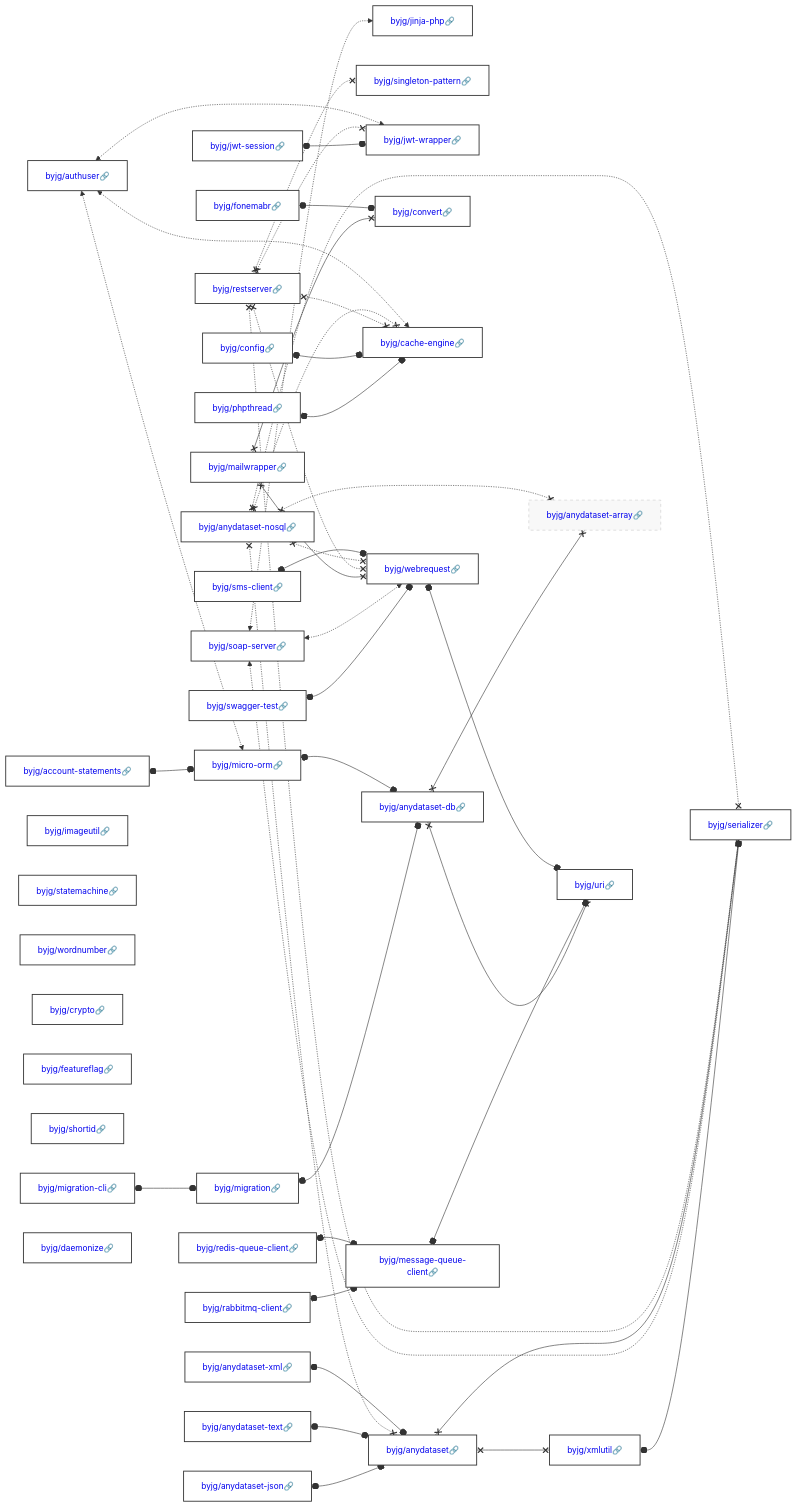
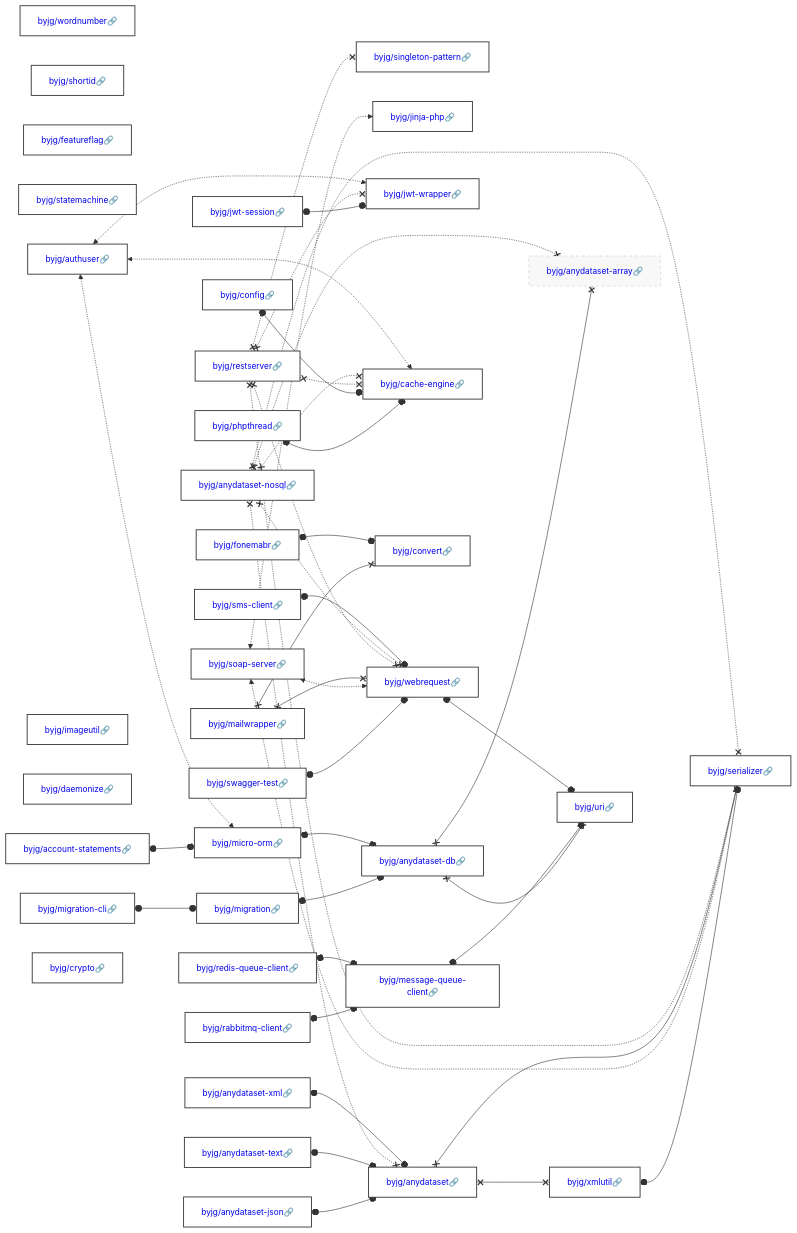
The diagram in docs/php/README.md (byjg/byjg.github.io), drawn with Mermaid before and after one commit. The commit also changed other lines of this file, not shown here.

Commit message:
Update documentation 'php' 'php-uri'

````diff
--- a/docs/php/README.md
+++ b/docs/php/README.md
@@ -3,40 +3,40 @@
 ```mermaid
 graph LR;
+  byjg/anydataset-json[<a href='https://opensource.byjg.com/docs/php/anydataset-json' style='text-decoration:none'>byjg/anydataset-json🔗</a>];
+  byjg/swagger-test[<a href='https://opensource.byjg.com/docs/php/swagger-test' style='text-decoration:none'>byjg/swagger-test🔗</a>];
+  byjg/wordnumber[<a href='https://opensource.byjg.com/docs/php/wordnumber' style='text-decoration:none'>byjg/wordnumber🔗</a>];
+  byjg/restserver[<a href='https://opensource.byjg.com/docs/php/restserver' style='text-decoration:none'>byjg/restserver🔗</a>];
+  byjg/anydataset-text[<a href='https://opensource.byjg.com/docs/php/anydataset-text' style='text-decoration:none'>byjg/anydataset-text🔗</a>];
+  byjg/shortid[<a href='https://opensource.byjg.com/docs/php/shortid' style='text-decoration:none'>byjg/shortid🔗</a>];
+  byjg/anydataset-nosql[<a href='https://opensource.byjg.com/docs/php/anydataset-nosql' style='text-decoration:none'>byjg/anydataset-nosql🔗</a>];
+  byjg/featureflag[<a href='https://opensource.byjg.com/docs/php/featureflag' style='text-decoration:none'>byjg/featureflag🔗</a>];
+  byjg/jwt-session[<a href='https://opensource.byjg.com/docs/php/jwt-session' style='text-decoration:none'>byjg/jwt-session🔗</a>];
+  byjg/statemachine[<a href='https://opensource.byjg.com/docs/php/statemachine' style='text-decoration:none'>byjg/statemachine🔗</a>];
+  byjg/redis-queue-client[<a href='https://opensource.byjg.com/docs/php/redis-queue-client' style='text-decoration:none'>byjg/redis-queue-client🔗</a>];
+  byjg/config[<a href='https://opensource.byjg.com/docs/php/config' style='text-decoration:none'>byjg/config🔗</a>];
+  byjg/mailwrapper[<a href='https://opensource.byjg.com/docs/php/mailwrapper' style='text-decoration:none'>byjg/mailwrapper🔗</a>];
+  byjg/sms-client[<a href='https://opensource.byjg.com/docs/php/sms-client' style='text-decoration:none'>byjg/sms-client🔗</a>];
+  byjg/account-statements[<a href='https://opensource.byjg.com/docs/php/account-statements' style='text-decoration:none'>byjg/account-statements🔗</a>];
+  byjg/imageutil[<a href='https://opensource.byjg.com/docs/php/imageutil' style='text-decoration:none'>byjg/imageutil🔗</a>];
+  byjg/soap-server[<a href='https://opensource.byjg.com/docs/php/soap-server' style='text-decoration:none'>byjg/soap-server🔗</a>];
+  byjg/daemonize[<a href='https://opensource.byjg.com/docs/php/daemonize' style='text-decoration:none'>byjg/daemonize🔗</a>];
+  byjg/migration-cli[<a href='https://opensource.byjg.com/docs/php/migration-cli' style='text-decoration:none'>byjg/migration-cli🔗</a>];
   byjg/authuser[<a href='https://opensource.byjg.com/docs/php/authuser' style='text-decoration:none'>byjg/authuser🔗</a>];
-  byjg/jwt-session[<a href='https://opensource.byjg.com/docs/php/jwt-session' style='text-decoration:none'>byjg/jwt-session🔗</a>];
-  byjg/anydataset-nosql[<a href='https://opensource.byjg.com/docs/php/anydataset-nosql' style='text-decoration:none'>byjg/anydataset-nosql🔗</a>];
-  byjg/sms-client[<a href='https://opensource.byjg.com/docs/php/sms-client' style='text-decoration:none'>byjg/sms-client🔗</a>];
-  byjg/migration-cli[<a href='https://opensource.byjg.com/docs/php/migration-cli' style='text-decoration:none'>byjg/migration-cli🔗</a>];
-  byjg/mailwrapper[<a href='https://opensource.byjg.com/docs/php/mailwrapper' style='text-decoration:none'>byjg/mailwrapper🔗</a>];
-  byjg/soap-server[<a href='https://opensource.byjg.com/docs/php/soap-server' style='text-decoration:none'>byjg/soap-server🔗</a>];
-  byjg/imageutil[<a href='https://opensource.byjg.com/docs/php/imageutil' style='text-decoration:none'>byjg/imageutil🔗</a>];
-  byjg/config[<a href='https://opensource.byjg.com/docs/php/config' style='text-decoration:none'>byjg/config🔗</a>];
-  byjg/statemachine[<a href='https://opensource.byjg.com/docs/php/statemachine' style='text-decoration:none'>byjg/statemachine🔗</a>];
-  byjg/restserver[<a href='https://opensource.byjg.com/docs/php/restserver' style='text-decoration:none'>byjg/restserver🔗</a>];
-  byjg/swagger-test[<a href='https://opensource.byjg.com/docs/php/swagger-test' style='text-decoration:none'>byjg/swagger-test🔗</a>];
+  byjg/crypto[<a href='https://opensource.byjg.com/docs/php/crypto' style='text-decoration:none'>byjg/crypto🔗</a>];
+  byjg/anydataset-xml[<a href='https://opensource.byjg.com/docs/php/anydataset-xml' style='text-decoration:none'>byjg/anydataset-xml🔗</a>];
+  byjg/phpthread[<a href='https://opensource.byjg.com/docs/php/phpthread' style='text-decoration:none'>byjg/phpthread🔗</a>];
   byjg/fonemabr[<a href='https://opensource.byjg.com/docs/php/fonemabr' style='text-decoration:none'>byjg/fonemabr🔗</a>];
-  byjg/redis-queue-client[<a href='https://opensource.byjg.com/docs/php/redis-queue-client' style='text-decoration:none'>byjg/redis-queue-client🔗</a>];
-  byjg/anydataset-json[<a href='https://opensource.byjg.com/docs/php/anydataset-json' style='text-decoration:none'>byjg/anydataset-json🔗</a>];
-  byjg/phpthread[<a href='https://opensource.byjg.com/docs/php/phpthread' style='text-decoration:none'>byjg/phpthread🔗</a>];
-  byjg/wordnumber[<a href='https://opensource.byjg.com/docs/php/wordnumber' style='text-decoration:none'>byjg/wordnumber🔗</a>];
-  byjg/crypto[<a href='https://opensource.byjg.com/docs/php/crypto' style='text-decoration:none'>byjg/crypto🔗</a>];
-  byjg/featureflag[<a href='https://opensource.byjg.com/docs/php/featureflag' style='text-decoration:none'>byjg/featureflag🔗</a>];
-  byjg/shortid[<a href='https://opensource.byjg.com/docs/php/shortid' style='text-decoration:none'>byjg/shortid🔗</a>];
-  byjg/anydataset-xml[<a href='https://opensource.byjg.com/docs/php/anydataset-xml' style='text-decoration:none'>byjg/anydataset-xml🔗</a>];
   byjg/rabbitmq-client[<a href='https://opensource.byjg.com/docs/php/rabbitmq-client' style='text-decoration:none'>byjg/rabbitmq-client🔗</a>];
-  byjg/account-statements[<a href='https://opensource.byjg.com/docs/php/account-statements' style='text-decoration:none'>byjg/account-statements🔗</a>];
-  byjg/anydataset-text[<a href='https://opensource.byjg.com/docs/php/anydataset-text' style='text-decoration:none'>byjg/anydataset-text🔗</a>];
-  byjg/daemonize[<a href='https://opensource.byjg.com/docs/php/daemonize' style='text-decoration:none'>byjg/daemonize🔗</a>];
+  byjg/singleton-pattern[<a href='https://opensource.byjg.com/docs/php/singleton-pattern' style='text-decoration:none'>byjg/singleton-pattern🔗</a>];
+  byjg/jinja-php[<a href='https://opensource.byjg.com/docs/php/jinja-php' style='text-decoration:none'>byjg/jinja-php🔗</a>];
+  byjg/webrequest[<a href='https://opensource.byjg.com/docs/php/webrequest' style='text-decoration:none'>byjg/webrequest🔗</a>];
   byjg/migration[<a href='https://opensource.byjg.com/docs/php/migration' style='text-decoration:none'>byjg/migration🔗</a>];
-  byjg/jinja-php[<a href='https://opensource.byjg.com/docs/php/jinja-php' style='text-decoration:none'>byjg/jinja-php🔗</a>];
-  byjg/singleton-pattern[<a href='https://opensource.byjg.com/docs/php/singleton-pattern' style='text-decoration:none'>byjg/singleton-pattern🔗</a>];
+  byjg/micro-orm[<a href='https://opensource.byjg.com/docs/php/micro-orm' style='text-decoration:none'>byjg/micro-orm🔗</a>];
   byjg/jwt-wrapper[<a href='https://opensource.byjg.com/docs/php/jwt-wrapper' style='text-decoration:none'>byjg/jwt-wrapper🔗</a>];
-  byjg/webrequest[<a href='https://opensource.byjg.com/docs/php/webrequest' style='text-decoration:none'>byjg/webrequest🔗</a>];
+  byjg/anydataset[<a href='https://opensource.byjg.com/docs/php/anydataset' style='text-decoration:none'>byjg/anydataset🔗</a>];
+  byjg/cache-engine[<a href='https://opensource.byjg.com/docs/php/cache-engine' style='text-decoration:none'>byjg/cache-engine🔗</a>];
   byjg/convert[<a href='https://opensource.byjg.com/docs/php/convert' style='text-decoration:none'>byjg/convert🔗</a>];
-  byjg/cache-engine[<a href='https://opensource.byjg.com/docs/php/cache-engine' style='text-decoration:none'>byjg/cache-engine🔗</a>];
   byjg/message-queue-client[<a href='https://opensource.byjg.com/docs/php/message-queue-client' style='text-decoration:none'>byjg/message-queue-client🔗</a>];
-  byjg/micro-orm[<a href='https://opensource.byjg.com/docs/php/micro-orm' style='text-decoration:none'>byjg/micro-orm🔗</a>];
-  byjg/anydataset[<a href='https://opensource.byjg.com/docs/php/anydataset' style='text-decoration:none'>byjg/anydataset🔗</a>];
   byjg/anydataset-db[<a href='https://opensource.byjg.com/docs/php/anydataset-db' style='text-decoration:none'>byjg/anydataset-db🔗</a>];
   byjg/xmlutil[<a href='https://opensource.byjg.com/docs/php/xmlutil' style='text-decoration:none'>byjg/xmlutil🔗</a>];
   byjg/anydataset-array[<a href='https://opensource.byjg.com/docs/php/anydataset-array' style='text-decoration:none'>byjg/anydataset-array🔗</a>];
````
